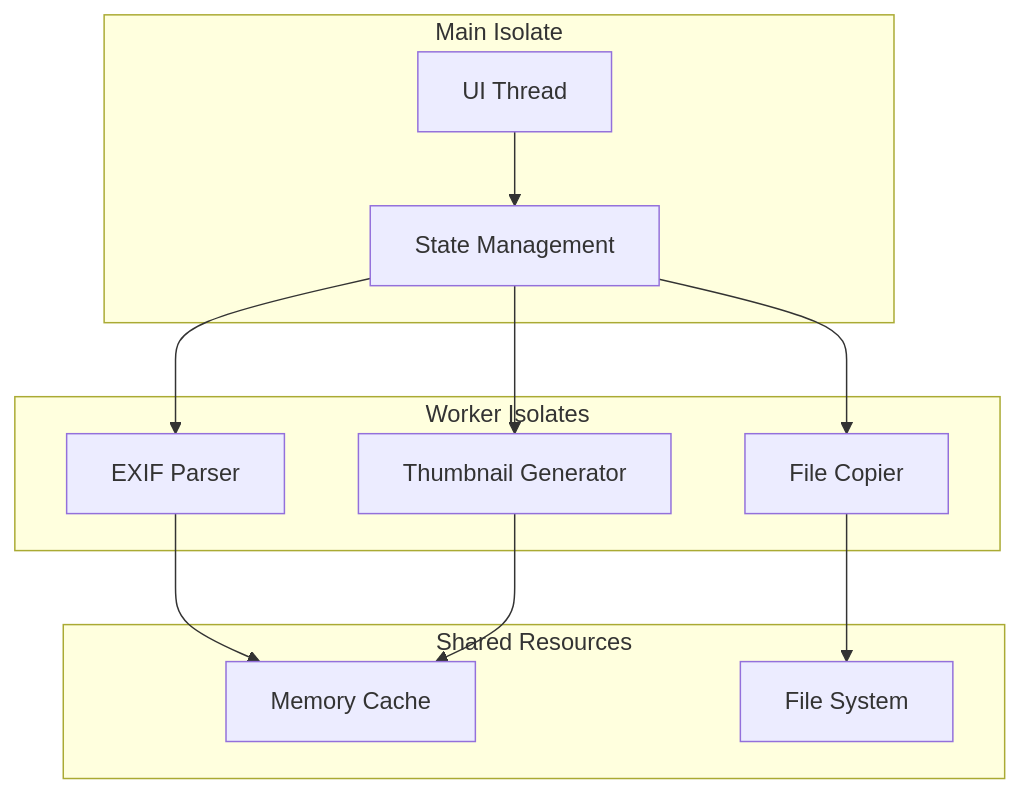
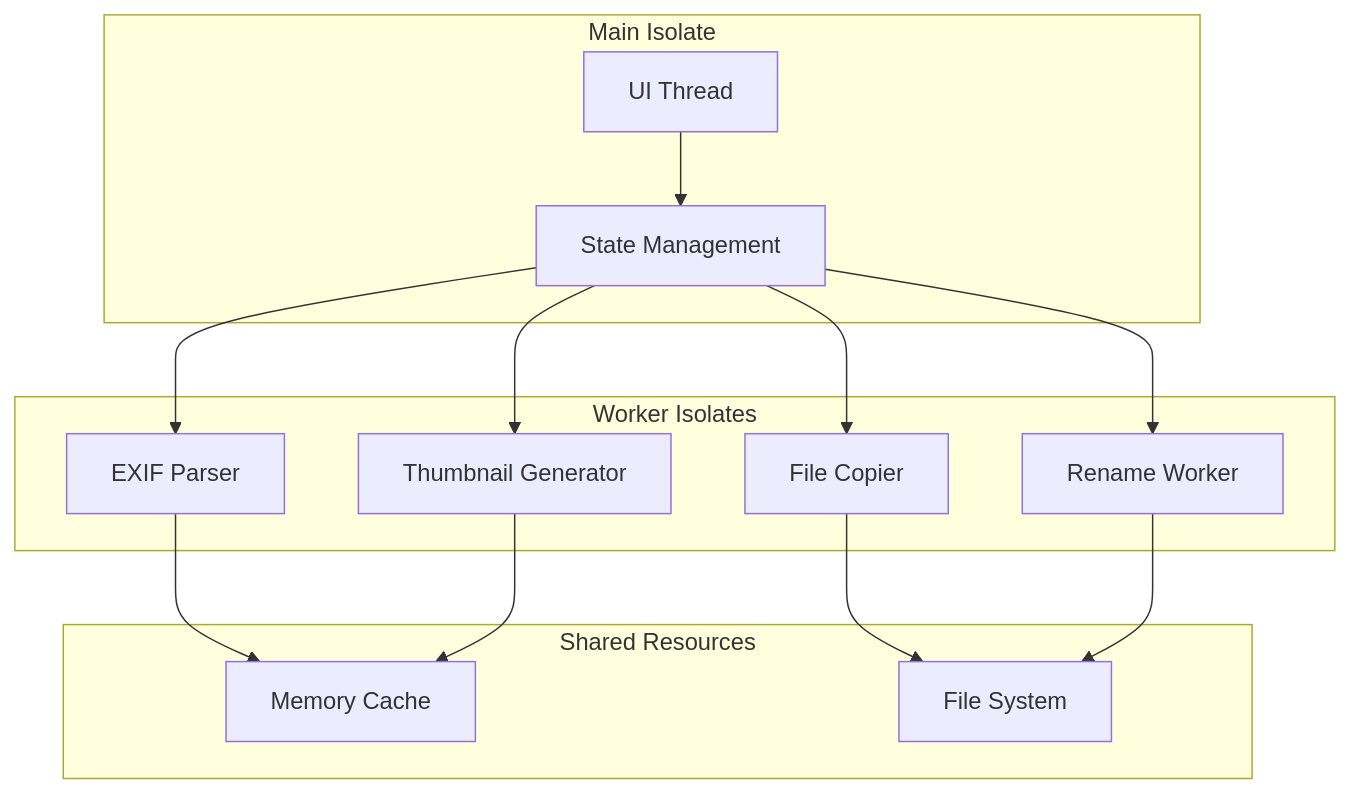
One commit to OldSuns/Camera_Toolbox changed the fifth of 8 diagrams in memory_bank/architecture.md. Above: the diagram before and after it, drawn with Mermaid. The commit also changed other lines of this file and 17 other files, not shown here.

````diff
--- a/memory_bank/architecture.md
+++ b/memory_bank/architecture.md
@@ -158,27 +174,30 @@
 ```mermaid
 graph TD
     subgraph "Main Isolate"
         UI[UI Thread]
         Provider[State Management]
     end
     
     subgraph "Worker Isolates"
         EXIF[EXIF Parser]
         THUMB[Thumbnail Generator]
         COPY[File Copier]
+        RENAME[Rename Worker]
     end
     
     subgraph "Shared Resources"
         Cache[Memory Cache]
         Files[File System]
     end
     
     UI --> Provider
     Provider --> EXIF
     Provider --> THUMB
     Provider --> COPY
+    Provider --> RENAME
     
     EXIF --> Cache
     THUMB --> Cache
     COPY --> Files
+    RENAME --> Files
 ```
````
